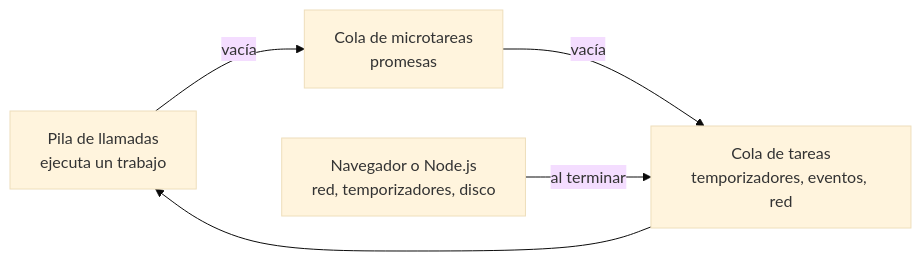
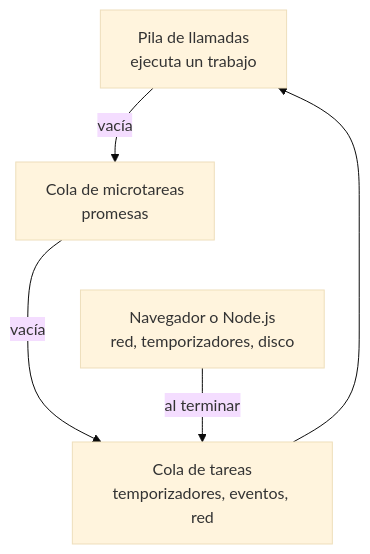
One commit to nbfrodri/devly changed the diagram in src/content/es/articles/el-bucle-de-eventos.mdx. Above: the diagram before and after it, drawn with Mermaid (base theme). The commit also changed other lines of this file and 10 other files, not shown here.

````diff
--- a/src/content/es/articles/el-bucle-de-eventos.mdx
+++ b/src/content/es/articles/el-bucle-de-eventos.mdx
@@ -29,7 +29,8 @@
 ```mermaid
-flowchart LR
+flowchart TB
 	P["Pila de llamadas<br>ejecuta un trabajo"] -- "vacía" --> M["Cola de microtareas<br>promesas"]
 	M -- "vacía" --> T["Cola de tareas<br>temporizadores, eventos, red"]
 	T --> P
+	M ~~~ W
 	W["Navegador o Node.js<br>red, temporizadores, disco"] -- "al terminar" --> T
 ```
````
